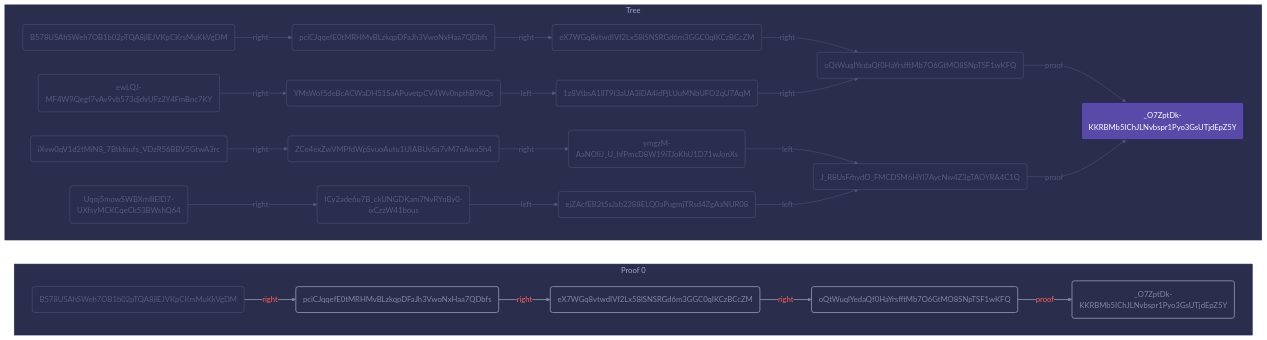
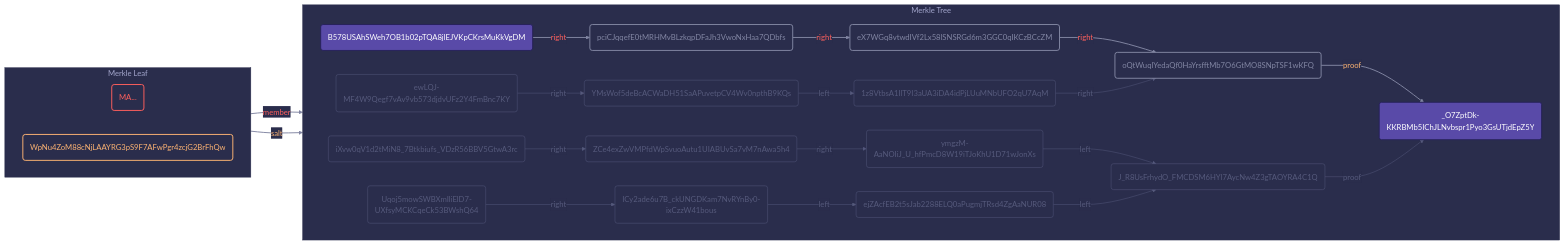
The diagram in packages/merkle-proof/src/mermaid-representation/__tests__/inclusion.proof.mermaid.md (transmute-industries/verifiable-data), drawn with Mermaid before and after one commit. The commit also changed 13 other files, not shown here.

````diff
--- a/packages/merkle-proof/src/mermaid-representation/__tests__/inclusion.proof.mermaid.md
+++ b/packages/merkle-proof/src/mermaid-representation/__tests__/inclusion.proof.mermaid.md
@@ -16,64 +16,92 @@
     }
   }
 }%%
+
+%% https://transmute.industries %%
+
 graph LR
-	subgraph Proof 0
+	subgraph Merkle Tree
 		direction LR
+		fceed9a6d0e4f8a29104c6f92028492cdbdbb29af53f2a371ac5138dd1296796("_O7ZptDk-KKRBMb5IChJLNvbspr1Pyo3GsUTjdEpZ5Y") 
 		079efc5120214967a1ece0756f4da94d003c8e510954aa422abb0cb8a9158033("B578USAhSWeh7OB1b02pTQA8jlEJVKpCKrsMuKkVgDM") 
 		a5c88226aa9e7c4d2d3111ccbc12f392aa4315a261dd5c283711da6bb4036dfb("pciCJqqefE0tMRHMvBLzkqpDFaJh3VwoNxHaa7QDbfs") 
 		797ed61aaf2fb7074855fd8bc79f2548d49119dea6dc6182d2a20a0b30427193("eX7WGq8vtwdIVf2Lx58lSNSRGd6m3GGC0qIKCzBCcZM") 
 		a10b56baa95879d6907f41da62bb1f7ed31becee86b4c3bc48da53485d702854("oQtWuqlYedaQf0HaYrsfftMb7O6GtMO8SNpTSF1wKFQ") 
-		fceed9a6d0e4f8a29104c6f92028492cdbdbb29af53f2a371ac5138dd1296796("_O7ZptDk-KKRBMb5IChJLNvbspr1Pyo3GsUTjdEpZ5Y") 
+		7b02d027e305e16f507a07fbbc0bfdbdbe7bddd8ddbd4173d98e059819dceca6("ewLQJ-MF4W9Qegf7vAv9vb573djdvUFz2Y4FmBnc7KY") 
+		60cb16a1fe5d7817000966831f9d526803eebdeb69095e16bf49e9b6107d290b("YMsWof5deBcACWaDH51SaAPuvetpCV4Wv0npthB9KQs") 
+		d73f15b5bb00d48953f48dda500de20c0e2274f8cb52e30d6d414edaa53b02a3("1z8VtbsA1IlT9I3aUA3iDA4idPjLUuMNbUFO2qU7AqM") 
+		897bf0d2a575776b4c88df3fec1b646e2b9fb3f543cd1e7a0415791adc00deb7("iXvw0qV1d2tMiN8_7Btkbiufs_VDzR56BBV5GtwA3rc") 
+		6427b87b167054c3df756a52beea00badbb550800152f49aeef33b9c0c1ae61e("ZCe4exZwVMPfdWpSvuoAutu1UIABUvSa7vM7nAwa5h4") 
+		ca683333e01a34e22227f53f85f3e6703f16d7d8932682a15350fbd702689d7b("ymgzM-AaNOIiJ_U_hfPmcD8W19iTJoKhU1D71wJonXs") 
+		27f47c52c16b87274efc53020d233a1d897b03270dc3867781300e6110380b54("J_R8UsFrhydO_FMCDSM6HYl7AycNw4Z3gTAOYRA4C1Q") 
+		52aa23e66a304960579889621250fbf945dfb32302282a9e0a4e77056b2143ae("Uqoj5mowSWBXmIliElD7-UXfsyMCKCqeCk53BWshQ64") 
+		202cb669d7babbb07f72450d18329a9bb36f4589c1cb4fa2c42cf35b8d5ba2eb("ICy2ade6u7B_ckUNGDKam7NvRYnBy0-ixCzzW41bous") 
+		7a364071f101dade6c25a6f6dbcf042d0d1a3ee8268d346c77866001a354474f("ejZAcfEB2t5sJab2288ELQ0aPugmjTRsd4ZgAaNUR08") 
 		079efc5120214967a1ece0756f4da94d003c8e510954aa422abb0cb8a9158033 -- right --> a5c88226aa9e7c4d2d3111ccbc12f392aa4315a261dd5c283711da6bb4036dfb
 		a5c88226aa9e7c4d2d3111ccbc12f392aa4315a261dd5c283711da6bb4036dfb -- right --> 797ed61aaf2fb7074855fd8bc79f2548d49119dea6dc6182d2a20a0b30427193
 		797ed61aaf2fb7074855fd8bc79f2548d49119dea6dc6182d2a20a0b30427193 -- right --> a10b56baa95879d6907f41da62bb1f7ed31becee86b4c3bc48da53485d702854
 		a10b56baa95879d6907f41da62bb1f7ed31becee86b4c3bc48da53485d702854 -- proof --> fceed9a6d0e4f8a29104c6f92028492cdbdbb29af53f2a371ac5138dd1296796
+		7b02d027e305e16f507a07fbbc0bfdbdbe7bddd8ddbd4173d98e059819dceca6 -- right --> 60cb16a1fe5d7817000966831f9d526803eebdeb69095e16bf49e9b6107d290b
+		60cb16a1fe5d7817000966831f9d526803eebdeb69095e16bf49e9b6107d290b -- left --> d73f15b5bb00d48953f48dda500de20c0e2274f8cb52e30d6d414edaa53b02a3
+		d73f15b5bb00d48953f48dda500de20c0e2274f8cb52e30d6d414edaa53b02a3 -- right --> a10b56baa95879d6907f41da62bb1f7ed31becee86b4c3bc48da53485d702854
+		897bf0d2a575776b4c88df3fec1b646e2b9fb3f543cd1e7a0415791adc00deb7 -- right --> 6427b87b167054c3df756a52beea00badbb550800152f49aeef33b9c0c1ae61e
+		6427b87b167054c3df756a52beea00badbb550800152f49aeef33b9c0c1ae61e -- right --> ca683333e01a34e22227f53f85f3e6703f16d7d8932682a15350fbd702689d7b
+		ca683333e01a34e22227f53f85f3e6703f16d7d8932682a15350fbd702689d7b -- left --> 27f47c52c16b87274efc53020d233a1d897b03270dc3867781300e6110380b54
+		27f47c52c16b87274efc53020d233a1d897b03270dc3867781300e6110380b54 -- proof --> fceed9a6d0e4f8a29104c6f92028492cdbdbb29af53f2a371ac5138dd1296796
+		52aa23e66a304960579889621250fbf945dfb32302282a9e0a4e77056b2143ae -- right --> 202cb669d7babbb07f72450d18329a9bb36f4589c1cb4fa2c42cf35b8d5ba2eb
+		202cb669d7babbb07f72450d18329a9bb36f4589c1cb4fa2c42cf35b8d5ba2eb -- left --> 7a364071f101dade6c25a6f6dbcf042d0d1a3ee8268d346c77866001a354474f
+		7a364071f101dade6c25a6f6dbcf042d0d1a3ee8268d346c77866001a354474f -- left --> 27f47c52c16b87274efc53020d233a1d897b03270dc3867781300e6110380b54
 	end
 
-	subgraph Tree
+	subgraph Merkle Leaf
 		direction LR
-		_O7ZptDk-KKRBMb5IChJLNvbspr1Pyo3GsUTjdEpZ5Y("_O7ZptDk-KKRBMb5IChJLNvbspr1Pyo3GsUTjdEpZ5Y") 
-		B578USAhSWeh7OB1b02pTQA8jlEJVKpCKrsMuKkVgDM("B578USAhSWeh7OB1b02pTQA8jlEJVKpCKrsMuKkVgDM") 
-		pciCJqqefE0tMRHMvBLzkqpDFaJh3VwoNxHaa7QDbfs("pciCJqqefE0tMRHMvBLzkqpDFaJh3VwoNxHaa7QDbfs") 
-		eX7WGq8vtwdIVf2Lx58lSNSRGd6m3GGC0qIKCzBCcZM("eX7WGq8vtwdIVf2Lx58lSNSRGd6m3GGC0qIKCzBCcZM") 
-		oQtWuqlYedaQf0HaYrsfftMb7O6GtMO8SNpTSF1wKFQ("oQtWuqlYedaQf0HaYrsfftMb7O6GtMO8SNpTSF1wKFQ") 
-		ewLQJ-MF4W9Qegf7vAv9vb573djdvUFz2Y4FmBnc7KY("ewLQJ-MF4W9Qegf7vAv9vb573djdvUFz2Y4FmBnc7KY") 
-		YMsWof5deBcACWaDH51SaAPuvetpCV4Wv0npthB9KQs("YMsWof5deBcACWaDH51SaAPuvetpCV4Wv0npthB9KQs") 
-		1z8VtbsA1IlT9I3aUA3iDA4idPjLUuMNbUFO2qU7AqM("1z8VtbsA1IlT9I3aUA3iDA4idPjLUuMNbUFO2qU7AqM") 
-		iXvw0qV1d2tMiN8_7Btkbiufs_VDzR56BBV5GtwA3rc("iXvw0qV1d2tMiN8_7Btkbiufs_VDzR56BBV5GtwA3rc") 
-		ZCe4exZwVMPfdWpSvuoAutu1UIABUvSa7vM7nAwa5h4("ZCe4exZwVMPfdWpSvuoAutu1UIABUvSa7vM7nAwa5h4") 
-		ymgzM-AaNOIiJ_U_hfPmcD8W19iTJoKhU1D71wJonXs("ymgzM-AaNOIiJ_U_hfPmcD8W19iTJoKhU1D71wJonXs") 
-		J_R8UsFrhydO_FMCDSM6HYl7AycNw4Z3gTAOYRA4C1Q("J_R8UsFrhydO_FMCDSM6HYl7AycNw4Z3gTAOYRA4C1Q") 
-		Uqoj5mowSWBXmIliElD7-UXfsyMCKCqeCk53BWshQ64("Uqoj5mowSWBXmIliElD7-UXfsyMCKCqeCk53BWshQ64") 
-		ICy2ade6u7B_ckUNGDKam7NvRYnBy0-ixCzzW41bous("ICy2ade6u7B_ckUNGDKam7NvRYnBy0-ixCzzW41bous") 
-		ejZAcfEB2t5sJab2288ELQ0aPugmjTRsd4ZgAaNUR08("ejZAcfEB2t5sJab2288ELQ0aPugmjTRsd4ZgAaNUR08") 
-		B578USAhSWeh7OB1b02pTQA8jlEJVKpCKrsMuKkVgDM -- right --> pciCJqqefE0tMRHMvBLzkqpDFaJh3VwoNxHaa7QDbfs
-		pciCJqqefE0tMRHMvBLzkqpDFaJh3VwoNxHaa7QDbfs -- right --> eX7WGq8vtwdIVf2Lx58lSNSRGd6m3GGC0qIKCzBCcZM
-		eX7WGq8vtwdIVf2Lx58lSNSRGd6m3GGC0qIKCzBCcZM -- right --> oQtWuqlYedaQf0HaYrsfftMb7O6GtMO8SNpTSF1wKFQ
-		oQtWuqlYedaQf0HaYrsfftMb7O6GtMO8SNpTSF1wKFQ -- proof --> _O7ZptDk-KKRBMb5IChJLNvbspr1Pyo3GsUTjdEpZ5Y
-		ewLQJ-MF4W9Qegf7vAv9vb573djdvUFz2Y4FmBnc7KY -- right --> YMsWof5deBcACWaDH51SaAPuvetpCV4Wv0npthB9KQs
-		YMsWof5deBcACWaDH51SaAPuvetpCV4Wv0npthB9KQs -- left --> 1z8VtbsA1IlT9I3aUA3iDA4idPjLUuMNbUFO2qU7AqM
-		1z8VtbsA1IlT9I3aUA3iDA4idPjLUuMNbUFO2qU7AqM -- right --> oQtWuqlYedaQf0HaYrsfftMb7O6GtMO8SNpTSF1wKFQ
-		iXvw0qV1d2tMiN8_7Btkbiufs_VDzR56BBV5GtwA3rc -- right --> ZCe4exZwVMPfdWpSvuoAutu1UIABUvSa7vM7nAwa5h4
-		ZCe4exZwVMPfdWpSvuoAutu1UIABUvSa7vM7nAwa5h4 -- right --> ymgzM-AaNOIiJ_U_hfPmcD8W19iTJoKhU1D71wJonXs
-		ymgzM-AaNOIiJ_U_hfPmcD8W19iTJoKhU1D71wJonXs -- left --> J_R8UsFrhydO_FMCDSM6HYl7AycNw4Z3gTAOYRA4C1Q
-		J_R8UsFrhydO_FMCDSM6HYl7AycNw4Z3gTAOYRA4C1Q -- proof --> _O7ZptDk-KKRBMb5IChJLNvbspr1Pyo3GsUTjdEpZ5Y
-		Uqoj5mowSWBXmIliElD7-UXfsyMCKCqeCk53BWshQ64 -- right --> ICy2ade6u7B_ckUNGDKam7NvRYnBy0-ixCzzW41bous
-		ICy2ade6u7B_ckUNGDKam7NvRYnBy0-ixCzzW41bous -- left --> ejZAcfEB2t5sJab2288ELQ0aPugmjTRsd4ZgAaNUR08
-		ejZAcfEB2t5sJab2288ELQ0aPugmjTRsd4ZgAaNUR08 -- left --> J_R8UsFrhydO_FMCDSM6HYl7AycNw4Z3gTAOYRA4C1Q
+		30("MA...") 
+		5a936ee19a0cf3c70d8cb0006111b7a52f45ec01703e0af8cdc8c6d81ac5850c("WpNu4ZoM88cNjLAAYRG3pS9F7AFwPgr4zcjG2BrFhQw") 
+		079efc5120214967a1ece0756f4da94d003c8e510954aa422abb0cb8a9158033("B578USAhSWeh7OB1b02pTQA8jlEJVKpCKrsMuKkVgDM") 
+		30 -- member --> 079efc5120214967a1ece0756f4da94d003c8e510954aa422abb0cb8a9158033
+		5a936ee19a0cf3c70d8cb0006111b7a52f45ec01703e0af8cdc8c6d81ac5850c -- salt --> 079efc5120214967a1ece0756f4da94d003c8e510954aa422abb0cb8a9158033
 	end
 
-%% https://transmute.industries 
-%% Leaf Styles 
-%% Proof Styles 
-linkStyle 0 color: #ff605d, stroke: #8286a3, stroke-width: 2.0px
-linkStyle 1 color: #ff605d, stroke: #8286a3, stroke-width: 2.0px
-linkStyle 2 color: #ff605d, stroke: #8286a3, stroke-width: 2.0px
-linkStyle 3 color: #ff605d, stroke: #8286a3, stroke-width: 2.0px
-style a5c88226aa9e7c4d2d3111ccbc12f392aa4315a261dd5c283711da6bb4036dfb color: #8286a3, stroke: #8286a3, stroke-width: 2.0px
-style 797ed61aaf2fb7074855fd8bc79f2548d49119dea6dc6182d2a20a0b30427193 color: #8286a3, stroke: #8286a3, stroke-width: 2.0px
-style a10b56baa95879d6907f41da62bb1f7ed31becee86b4c3bc48da53485d702854 color: #8286a3, stroke: #8286a3, stroke-width: 2.0px
-style fceed9a6d0e4f8a29104c6f92028492cdbdbb29af53f2a371ac5138dd1296796 color: #8286a3, stroke: #8286a3, stroke-width: 2.0px
-%% Root Style 
-style _O7ZptDk-KKRBMb5IChJLNvbspr1Pyo3GsUTjdEpZ5Y color: #fff, fill: #594aa8, stroke: #27225b, stroke-width: 2.0px
+
+%% Style for: Merkle Tree
+style fceed9a6d0e4f8a29104c6f92028492cdbdbb29af53f2a371ac5138dd1296796 color:#fff, fill: #594aa8, stroke:#27225b, stroke-width: 2.0px
+style 079efc5120214967a1ece0756f4da94d003c8e510954aa422abb0cb8a9158033 color:#8286a3, stroke:#8286a3, stroke-width: 2.0px
+style a5c88226aa9e7c4d2d3111ccbc12f392aa4315a261dd5c283711da6bb4036dfb color:#8286a3, stroke:#8286a3, stroke-width: 2.0px
+style 797ed61aaf2fb7074855fd8bc79f2548d49119dea6dc6182d2a20a0b30427193 color:#8286a3, stroke:#8286a3, stroke-width: 2.0px
+style a10b56baa95879d6907f41da62bb1f7ed31becee86b4c3bc48da53485d702854 color:#8286a3, stroke:#8286a3, stroke-width: 2.0px
+style 7b02d027e305e16f507a07fbbc0bfdbdbe7bddd8ddbd4173d98e059819dceca6 color:#565a7c, stroke:#565a7c, stroke-width: 1.0px
+style 60cb16a1fe5d7817000966831f9d526803eebdeb69095e16bf49e9b6107d290b color:#565a7c, stroke:#565a7c, stroke-width: 1.0px
+style d73f15b5bb00d48953f48dda500de20c0e2274f8cb52e30d6d414edaa53b02a3 color:#565a7c, stroke:#565a7c, stroke-width: 1.0px
+style 897bf0d2a575776b4c88df3fec1b646e2b9fb3f543cd1e7a0415791adc00deb7 color:#565a7c, stroke:#565a7c, stroke-width: 1.0px
+style 6427b87b167054c3df756a52beea00badbb550800152f49aeef33b9c0c1ae61e color:#565a7c, stroke:#565a7c, stroke-width: 1.0px
+style ca683333e01a34e22227f53f85f3e6703f16d7d8932682a15350fbd702689d7b color:#565a7c, stroke:#565a7c, stroke-width: 1.0px
+style 27f47c52c16b87274efc53020d233a1d897b03270dc3867781300e6110380b54 color:#565a7c, stroke:#565a7c, stroke-width: 1.0px
+style 52aa23e66a304960579889621250fbf945dfb32302282a9e0a4e77056b2143ae color:#565a7c, stroke:#565a7c, stroke-width: 1.0px
+style 202cb669d7babbb07f72450d18329a9bb36f4589c1cb4fa2c42cf35b8d5ba2eb color:#565a7c, stroke:#565a7c, stroke-width: 1.0px
+style 7a364071f101dade6c25a6f6dbcf042d0d1a3ee8268d346c77866001a354474f color:#565a7c, stroke:#565a7c, stroke-width: 1.0px
+linkStyle 0 color:#ff605d, stroke:#8286a3, stroke-width: 2.0px 
+linkStyle 1 color:#ff605d, stroke:#8286a3, stroke-width: 2.0px 
+linkStyle 2 color:#ff605d, stroke:#8286a3, stroke-width: 2.0px 
+linkStyle 3 color:#fcb373, stroke:#8286a3, stroke-width: 2.0px 
+linkStyle 4 color:#565a7c, stroke:#565a7c, stroke-width: 1.0px 
+linkStyle 5 color:#565a7c, stroke:#565a7c, stroke-width: 1.0px 
+linkStyle 6 color:#565a7c, stroke:#565a7c, stroke-width: 1.0px 
+linkStyle 7 color:#565a7c, stroke:#565a7c, stroke-width: 1.0px 
+linkStyle 8 color:#565a7c, stroke:#565a7c, stroke-width: 1.0px 
+linkStyle 9 color:#565a7c, stroke:#565a7c, stroke-width: 1.0px 
+linkStyle 10 color:#565a7c, stroke:#565a7c, stroke-width: 1.0px 
+linkStyle 11 color:#565a7c, stroke:#565a7c, stroke-width: 1.0px 
+linkStyle 12 color:#565a7c, stroke:#565a7c, stroke-width: 1.0px 
+linkStyle 13 color:#565a7c, stroke:#565a7c, stroke-width: 1.0px 
+
+
+
+%% Style for: Merkle Leaf
+style 30 color:#ff605d, stroke:#ff605d, stroke-width: 2.0px
+style 5a936ee19a0cf3c70d8cb0006111b7a52f45ec01703e0af8cdc8c6d81ac5850c color:#fcb373, stroke:#fcb373, stroke-width: 2.0px
+style 079efc5120214967a1ece0756f4da94d003c8e510954aa422abb0cb8a9158033 color:#fff, fill: #594aa8, stroke:#27225b, stroke-width: 2.0px
+linkStyle 14 color:#ff605d, stroke:#8286a3, stroke-width: 2.0px 
+linkStyle 15 color:#fcb373, stroke:#8286a3, stroke-width: 2.0px 
+
+
 ```
````
